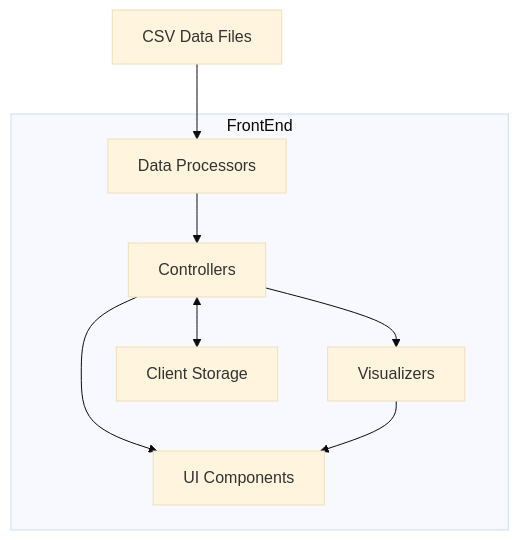
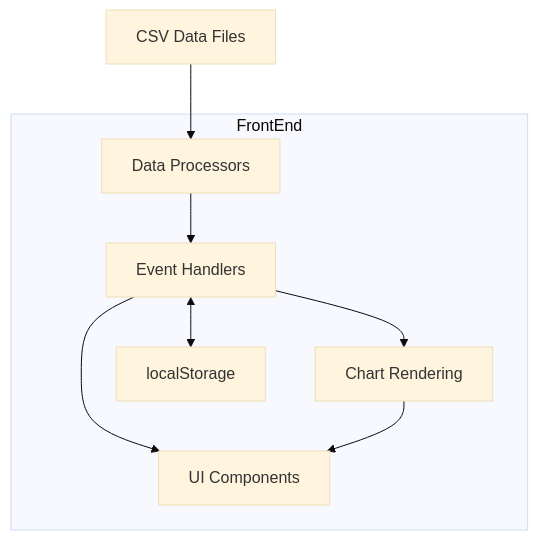
The diagram in memory-bank/systemPatterns.md (LinkesAuge/WebappTest), drawn with Mermaid (base theme) before and after one commit. The commit also changed other lines of this file and 70 other files, not shown here.

````diff
--- a/memory-bank/systemPatterns.md
+++ b/memory-bank/systemPatterns.md
@@ -5,17 +5,17 @@
 ```mermaid
 flowchart TD
     subgraph FrontEnd
         UI[UI Components]
-        Controllers[Controllers]
+        EventHandlers[Event Handlers]
         DataProcessors[Data Processors]
-        Visualizers[Visualizers]
-        Storage[Client Storage]
+        Visualizers[Chart Rendering]
+        Storage[localStorage]
     end
 
     CSV[CSV Data Files] --> DataProcessors
-    DataProcessors --> Controllers
-    Controllers --> UI
-    Controllers --> Visualizers
+    DataProcessors --> EventHandlers
+    EventHandlers --> UI
+    EventHandlers --> Visualizers
     Visualizers --> UI
-    Controllers <--> Storage
+    EventHandlers <--> Storage
 ```
````
